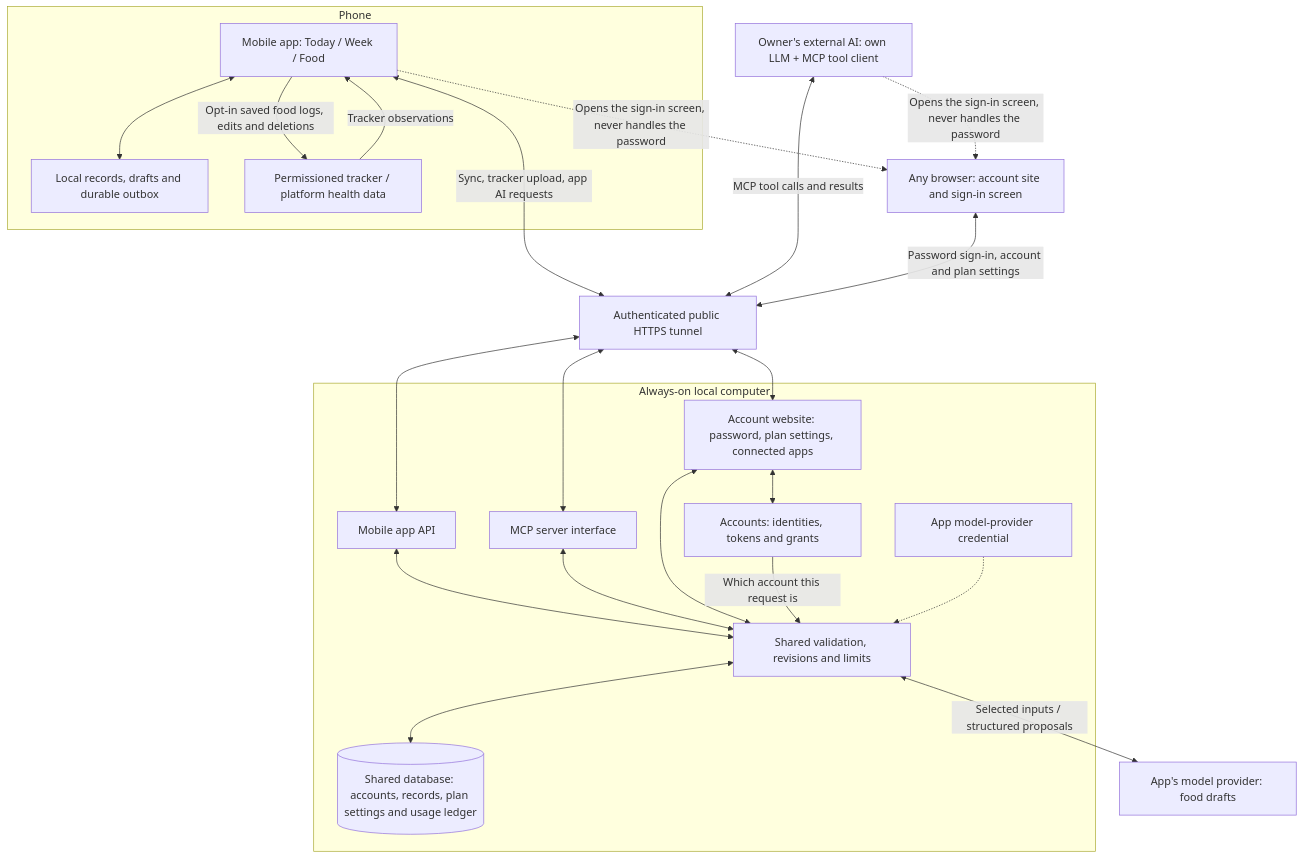
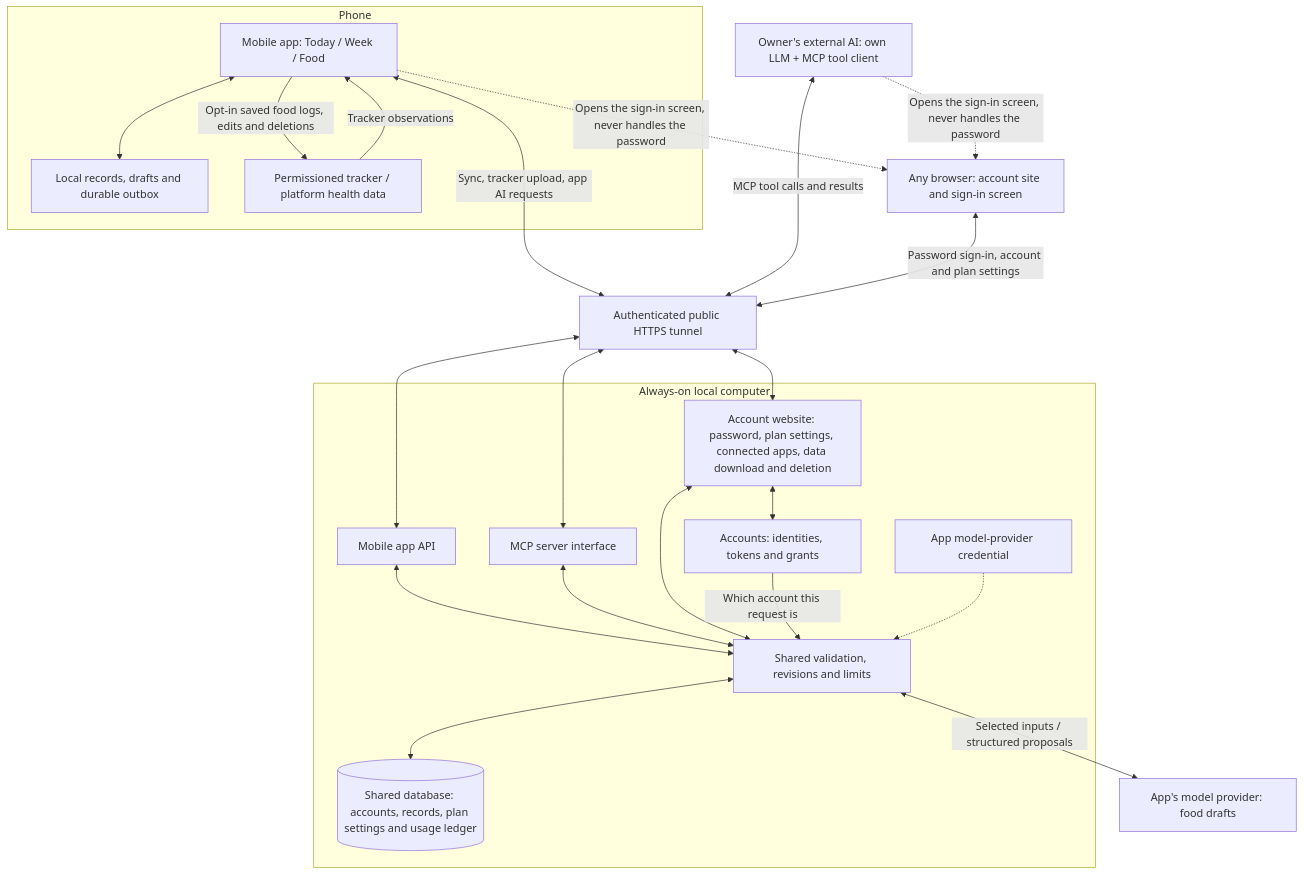
Before and after one commit to gwensmu/euros: the diagram in docs/shareable/PERSONAL_TRAINING_APP_BLUEPRINT.md, drawn with Mermaid. The commit also changed other lines of this file and 24 other files, not shown here.

Commit message:
Add account data controls, operator tools and shared model budgets

````diff
--- a/docs/shareable/PERSONAL_TRAINING_APP_BLUEPRINT.md
+++ b/docs/shareable/PERSONAL_TRAINING_APP_BLUEPRINT.md
@@ -181,40 +181,40 @@
 ```mermaid
 flowchart TB
     subgraph phone["Phone"]
         mobile["Mobile app: Today / Week / Food"]
         cache["Local records, drafts and durable outbox"]
         health["Permissioned tracker / platform health data"]
         mobile <--> cache
         health -->|"Tracker observations"| mobile
         mobile -->|"Opt-in saved food logs, edits and deletions"| health
     end
     agent["Owner's external AI: own LLM + MCP tool client"]
     browser["Any browser: account site and sign-in screen"]
     tunnel["Authenticated public HTTPS tunnel"]
     mobile <-->|"Sync, tracker upload, app AI requests"| tunnel
     agent <-->|"MCP tool calls and results"| tunnel
     browser <-->|"Password sign-in, account and plan settings"| tunnel
     mobile -.->|"Opens the sign-in screen, never handles the password"| browser
     agent -.->|"Opens the sign-in screen, never handles the password"| browser
     subgraph host["Always-on local computer"]
         api["Mobile app API"]
         mcp["MCP server interface"]
-        site["Account website: password, plan settings, connected apps"]
+        site["Account website: password, plan settings, connected apps, data download and deletion"]
         accounts["Accounts: identities, tokens and grants"]
         rules["Shared validation, revisions and limits"]
         db[("Shared database: accounts, records, plan settings and usage ledger")]
         secrets["App model-provider credential"]
         api <--> rules
         mcp <--> rules
         site <--> accounts
         site <--> rules
         accounts -->|"Which account this request is"| rules
         rules <--> db
         secrets -.-> rules
     end
     tunnel <--> api
     tunnel <--> mcp
     tunnel <--> site
     models["App's model provider: food drafts"]
     rules <-->|"Selected inputs / structured proposals"| models
 ```
````
